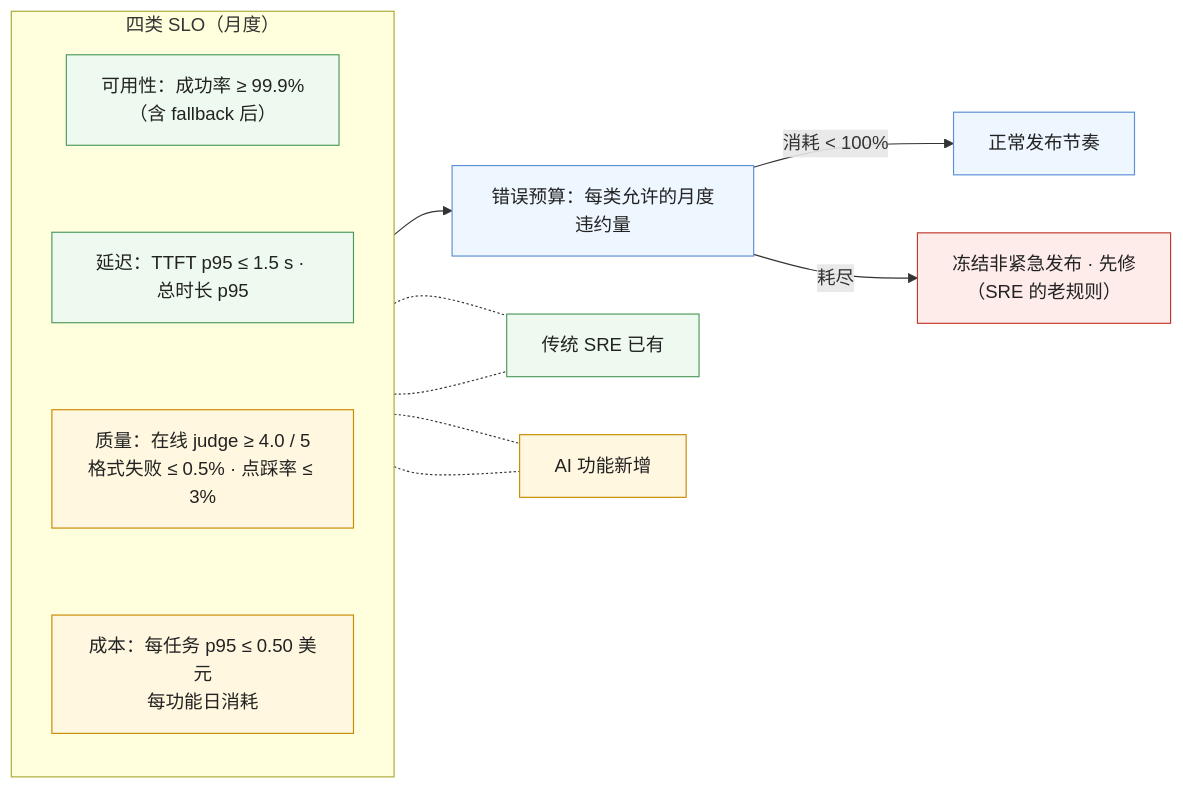
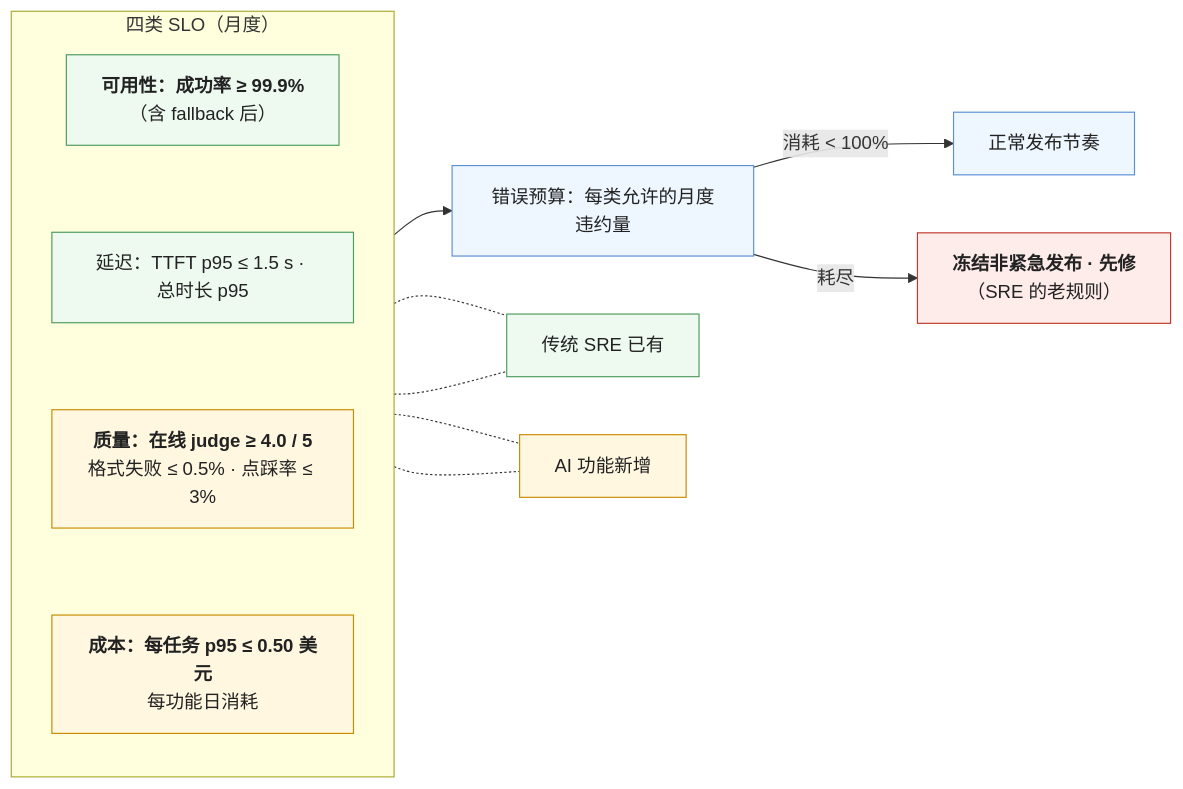
One commit to arganzheng/arganzheng.github.com changed the fifth of 5 diagrams in _posts/2026-11-13-release-engineering-for-ai-features-switches-pinning-runbooks-and-slos.md. Above: the diagram before and after it, drawn with Mermaid. The commit also changed other lines of this file and 7 other files, not shown here.

First line of the commit message:
生产化与运营：让 AI 应用可靠、可控、可持续地跑：Mermaid 多行方框的首行标为标题（8 篇）

````diff
--- a/_posts/2026-11-13-release-engineering-for-ai-features-switches-pinning-runbooks-and-slos.md
+++ b/_posts/2026-11-13-release-engineering-for-ai-features-switches-pinning-runbooks-and-slos.md
@@ -252,23 +252,23 @@
 ```mermaid
 %% 图：四类 SLO 与错误预算——可用性（成功率含 fallback 后 99.9%）、延迟（TTFT p95 ≤ 1.5 s）、质量（在线 judge ≥ 4.0、格式失败 ≤ 0.5%、点踩率 ≤ 3%）、成本（每任务 p95 ≤ 0.50 美元）；每类一个月度错误预算，消耗到 100% 就冻结非紧急发布先修；质量与成本是 AI 功能新增的两类，前两类是传统 SRE 的
 flowchart LR
     subgraph SLO["四类 SLO（月度）"]
         direction TB
-        A["可用性：成功率 ≥ 99.9%<br/>（含 fallback 后）"] ~~~ L["延迟：TTFT p95 ≤ 1.5 s · 总时长 p95"] ~~~ Q["质量：在线 judge ≥ 4.0 / 5<br/>格式失败 ≤ 0.5% · 点踩率 ≤ 3%"] ~~~ C["成本：每任务 p95 ≤ 0.50 美元<br/>每功能日消耗"]
+        A["<b>可用性：成功率 ≥ 99.9%</b><br/>（含 fallback 后）"] ~~~ L["延迟：TTFT p95 ≤ 1.5 s · 总时长 p95"] ~~~ Q["<b>质量：在线 judge ≥ 4.0 / 5</b><br/>格式失败 ≤ 0.5% · 点踩率 ≤ 3%"] ~~~ C["<b>成本：每任务 p95 ≤ 0.50 美元</b><br/>每功能日消耗"]
     end
     SLO --> EB["错误预算：每类允许的月度违约量"]
     EB -->|"消耗 < 100%"| GO["正常发布节奏"]
-    EB -->|"耗尽"| FREEZE["冻结非紧急发布 · 先修<br/>（SRE 的老规则）"]
+    EB -->|"耗尽"| FREEZE["<b>冻结非紧急发布 · 先修</b><br/>（SRE 的老规则）"]
     A -.- N1["传统 SRE 已有"]
     L -.- N1
     Q -.- N2["AI 功能新增"]
     C -.- N2
     classDef old fill:#eefaf0,stroke:#4d9a5c,color:#222
     classDef new fill:#fff7e0,stroke:#c98a00,color:#222
     classDef eb fill:#eef6ff,stroke:#5b8fd6,color:#222
     classDef bad fill:#fdecea,stroke:#c0392b,color:#222
     class A,L,N1 old
     class Q,C,N2 new
     class EB,GO eb
     class FREEZE bad
 ```
````
